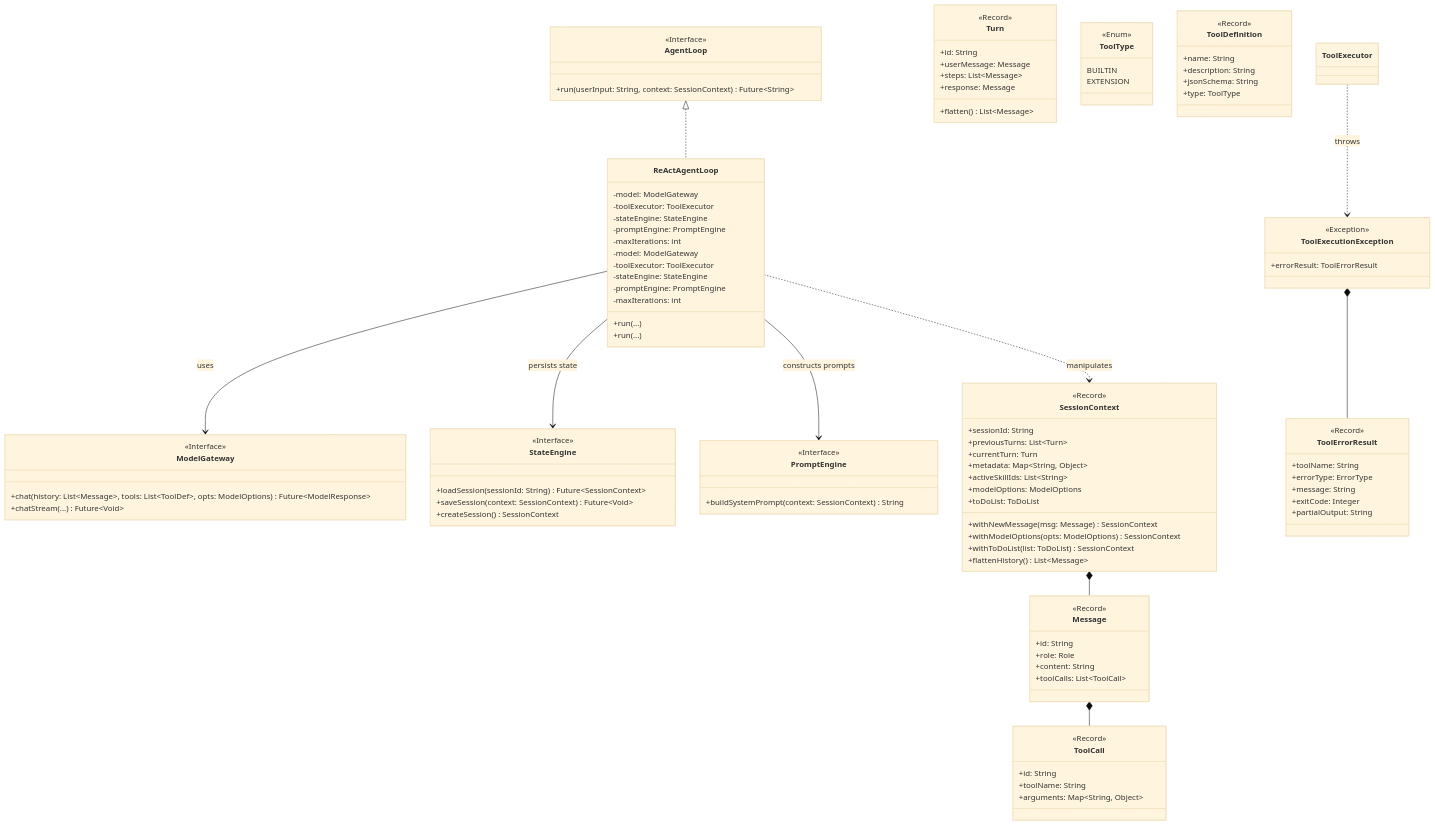
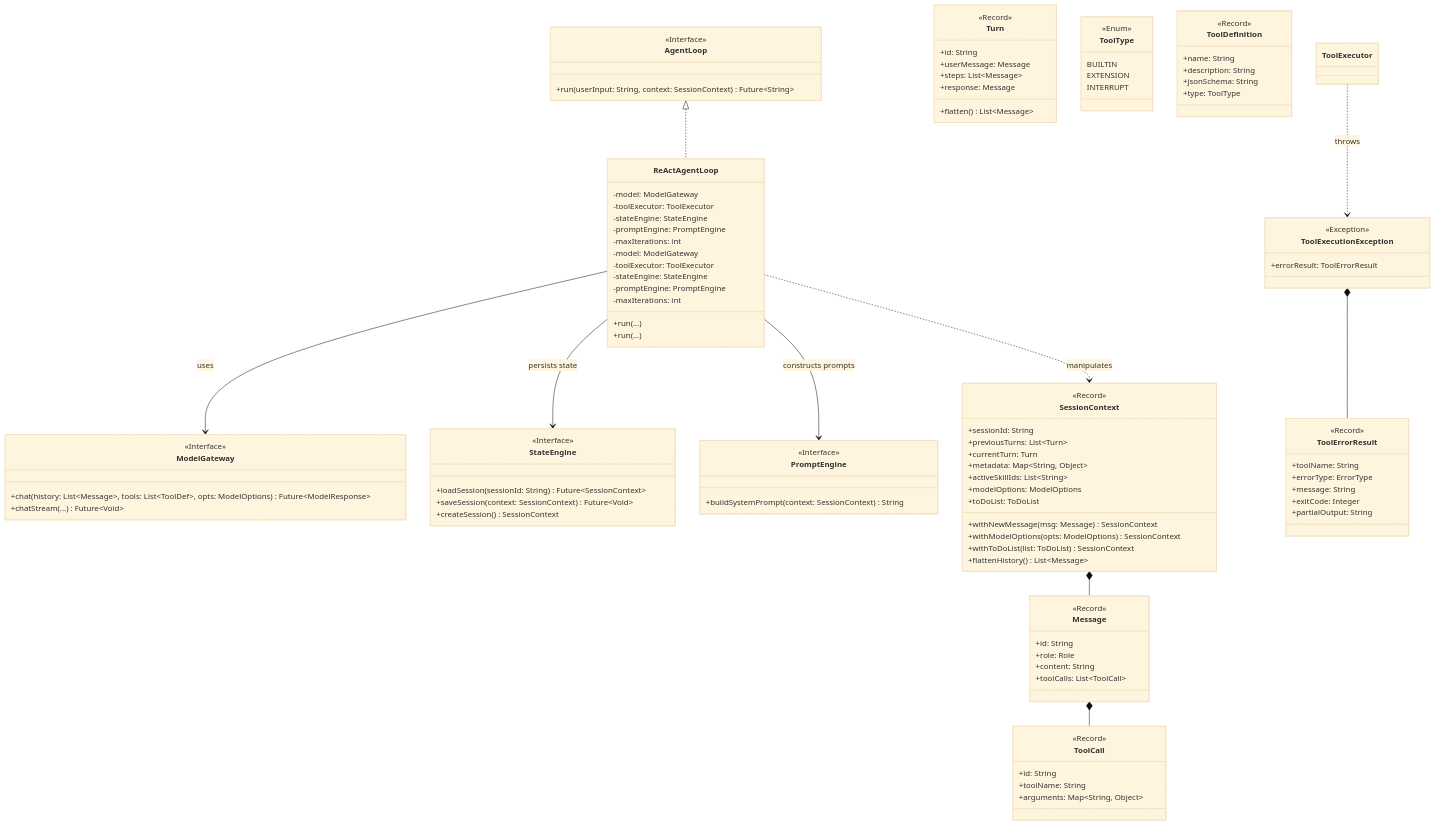
The first of 3 diagrams in docs/CORE_KERNEL_DESIGN.md (stream-iori/ganglia), drawn with Mermaid (base theme) before and after one commit. The commit also changed 12 other files, not shown here.

```diff
--- a/docs/CORE_KERNEL_DESIGN.md
+++ b/docs/CORE_KERNEL_DESIGN.md
@@ -98,6 +98,7 @@
         <<Enum>>
         BUILTIN
         EXTENSION
+        INTERRUPT
     }
 
     class ToolDefinition {
```
